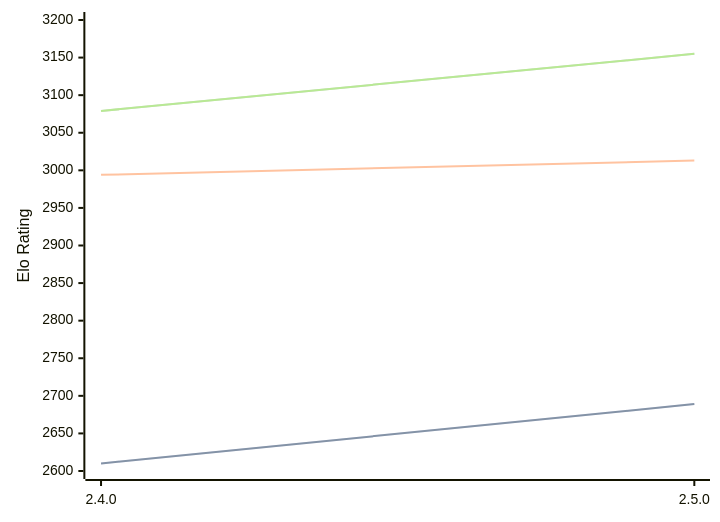
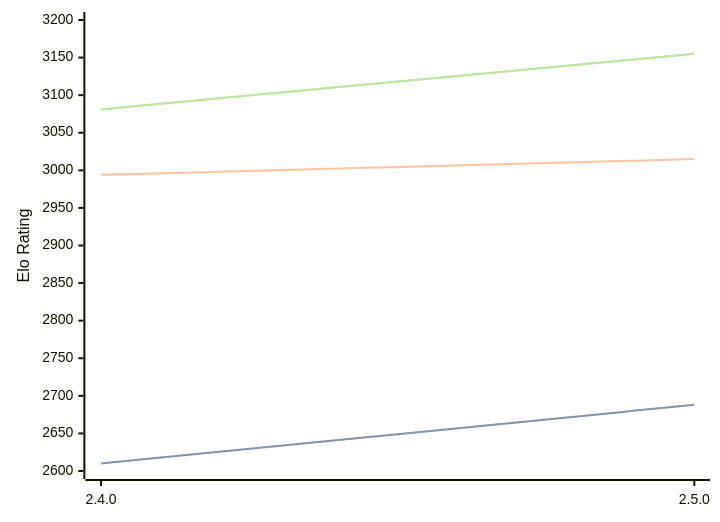
The diagram in engines/Sturddle2.md (computer-chess-index/cci), drawn with Mermaid before and after one commit. The commit also changed other lines of this file, not shown here.

Commit message:
Update CCI Ratings (ELO VLTC) - 2026-07-29

````diff
--- a/engines/Sturddle2.md
+++ b/engines/Sturddle2.md
@@ -37,11 +37,11 @@
 ```mermaid
 %%{init: {"theme":"base","themeVariables":{"seriesColors:['#a3a3a3','#222221','#faa371']}}}%%
 xychart-beta
   x-axis ["2.4.0", "2.5.0"]
   y-axis "Elo Rating" 2600 --> 3200
-  line "STC (8.0+0.08s)" [2610, 2689]
-  line "STC (8.0+0.08s)" [2610, 2689]
-  line "LTC (60.0+0.60s)" [2994, 3013]
-  line "VLTC (2m24s+1.12s)" [3079, 3155]
-  line "VLTC (2m24s+1.12s)" [3079, 3155]
+  line "STC (8.0+0.08s)" [2610, 2688]
+  line "STC (8.0+0.08s)" [2610, 2688]
+  line "LTC (60.0+0.60s)" [2994, 3015]
+  line "VLTC (2m24s+1.12s)" [3081, 3155]
+  line "VLTC (2m24s+1.12s)" [3081, 3155]
 ```
````
